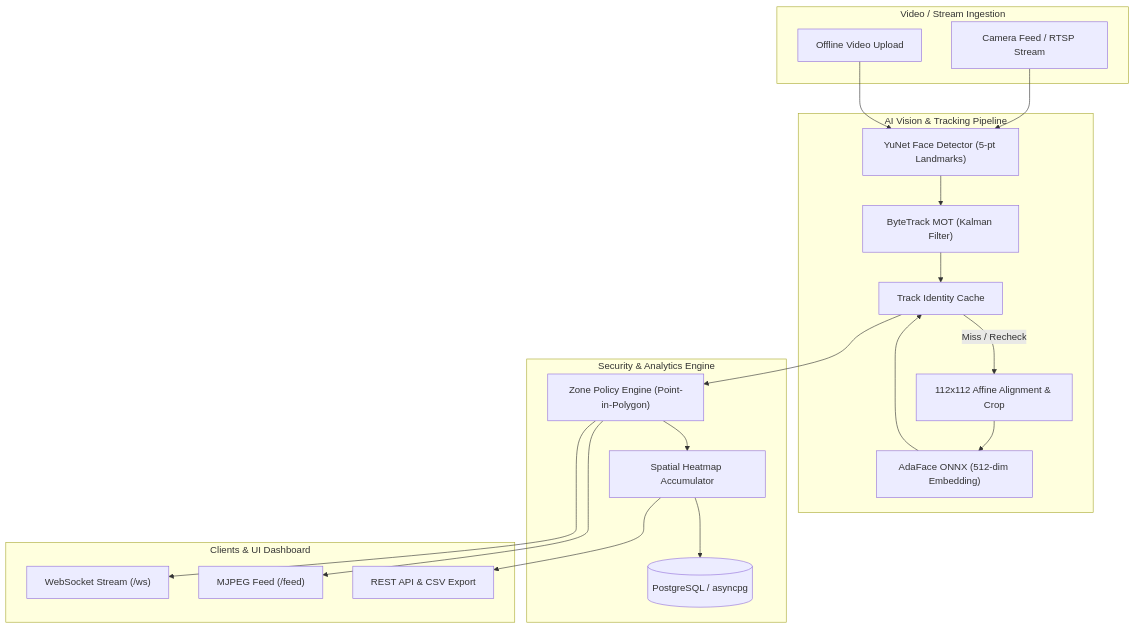
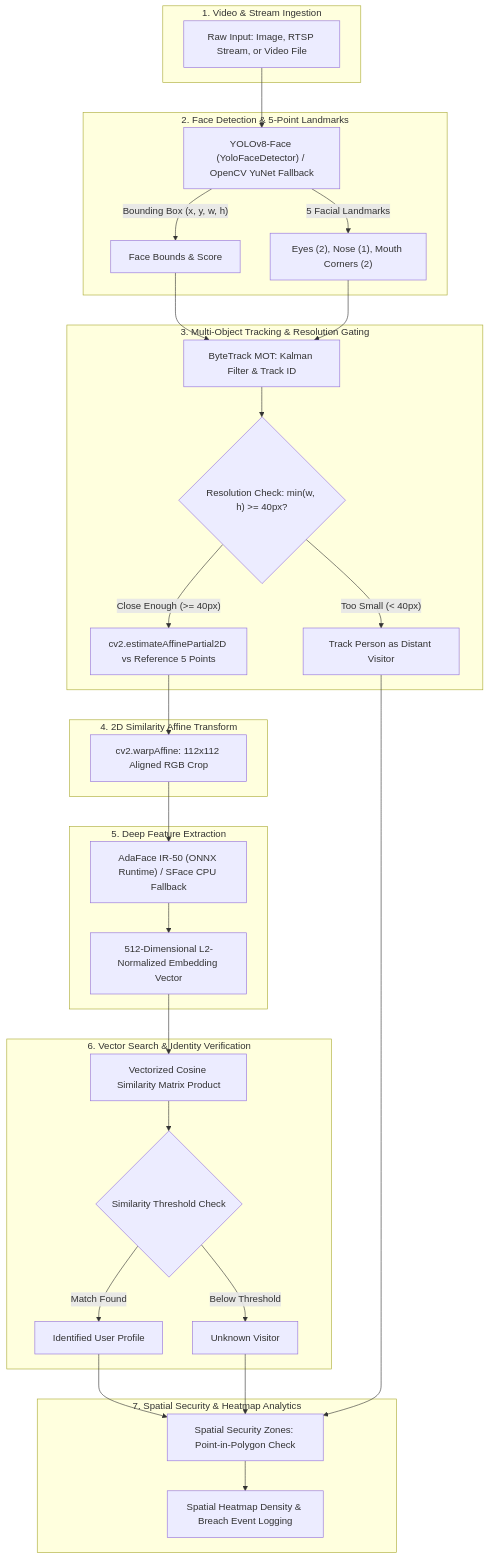
The diagram in README.md (elitemahdi/faces_detection_backend), drawn with Mermaid before and after one commit. The commit also changed other lines of this file and 7 other files, not shown here.

````diff
--- a/README.md
+++ b/README.md
@@ -46,39 +11,40 @@
 ```mermaid
 flowchart TD
-    subgraph Capture["Video / Stream Ingestion"]
-        CAM[Camera Feed / RTSP Stream]
-        VID[Offline Video Upload]
+    subgraph Ingestion["1. Video & Stream Ingestion"]
+        A["Raw Input: Image, RTSP Stream, or Video File"]
     end
 
-    subgraph Pipeline["AI Vision & Tracking Pipeline"]
-        YUNET["YuNet Face Detector (5-pt Landmarks)"]
-        ALIGN["112x112 Affine Alignment & Crop"]
-        BYTETRACK["ByteTrack MOT (Kalman Filter)"]
-        CACHE["Track Identity Cache"]
-        ADAFACE["AdaFace ONNX (512-dim Embedding)"]
+    subgraph Detection["2. Face Detection & 5-Point Landmarks"]
+        A --> B["YOLOv8-Face (YoloFaceDetector) / OpenCV YuNet Fallback"]
+        B -->|"Bounding Box (x, y, w, h)"| BB["Face Bounds & Score"]
+        B -->|"5 Facial Landmarks"| LM["Eyes (2), Nose (1), Mouth Corners (2)"]
     end
 
-    subgraph Security["Security & Analytics Engine"]
-        ZONE["Zone Policy Engine (Point-in-Polygon)"]
-        HEATMAP["Spatial Heatmap Accumulator"]
-        DB[(PostgreSQL / asyncpg)]
+    subgraph Tracking["3. Multi-Object Tracking & Resolution Gating"]
+        BB & LM --> K["ByteTrack MOT: Kalman Filter & Track ID"]
+        K --> GAT{"Resolution Check: min(w, h) >= 40px?"}
+        GAT -- "Too Small (< 40px)" --> DIST["Track Person as Distant Visitor"]
+        GAT -- "Close Enough (>= 40px)" --> C["cv2.estimateAffinePartial2D vs Reference 5 Points"]
     end
 
-    subgraph Egress["Clients & UI Dashboard"]
-        WS["WebSocket Stream (/ws)"]
-        MJPEG["MJPEG Feed (/feed)"]
-        REST["REST API & CSV Export"]
+    subgraph Alignment["4. 2D Similarity Affine Transform"]
+        C --> D["cv2.warpAffine: 112x112 Aligned RGB Crop"]
     end
 
-    CAM --> YUNET
-    VID --> YUNET
-    YUNET --> BYTETRACK
-    BYTETRACK --> CACHE
-    CACHE -- Miss / Recheck --> ALIGN --> ADAFACE --> CACHE
-    CACHE --> ZONE
-    ZONE --> HEATMAP
-    HEATMAP --> DB
-    ZONE --> WS
-    ZONE --> MJPEG
-    HEATMAP --> REST
+    subgraph Recognition["5. Deep Feature Extraction"]
+        D --> E["AdaFace IR-50 (ONNX Runtime) / SFace CPU Fallback"]
+        E --> F["512-Dimensional L2-Normalized Embedding Vector"]
+    end
+
+    subgraph Search["6. Vector Search & Identity Verification"]
+        F --> G["Vectorized Cosine Similarity Matrix Product"]
+        G --> H{"Similarity Threshold Check"}
+        H -- "Match Found" --> I["Identified User Profile"]
+        H -- "Below Threshold" --> J["Unknown Visitor"]
+    end
+
+    subgraph Security["7. Spatial Security & Heatmap Analytics"]
+        I & J & DIST --> L["Spatial Security Zones: Point-in-Polygon Check"]
+        L --> M["Spatial Heatmap Density & Breach Event Logging"]
+    end
 ```
````
